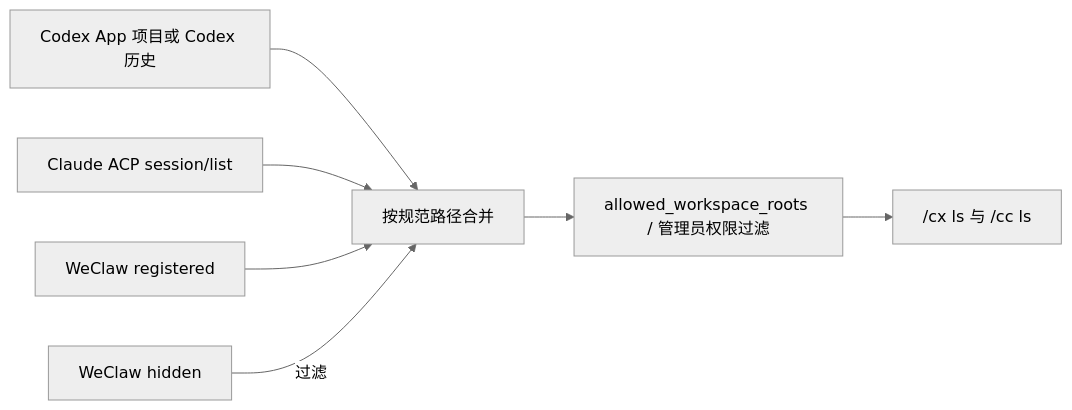
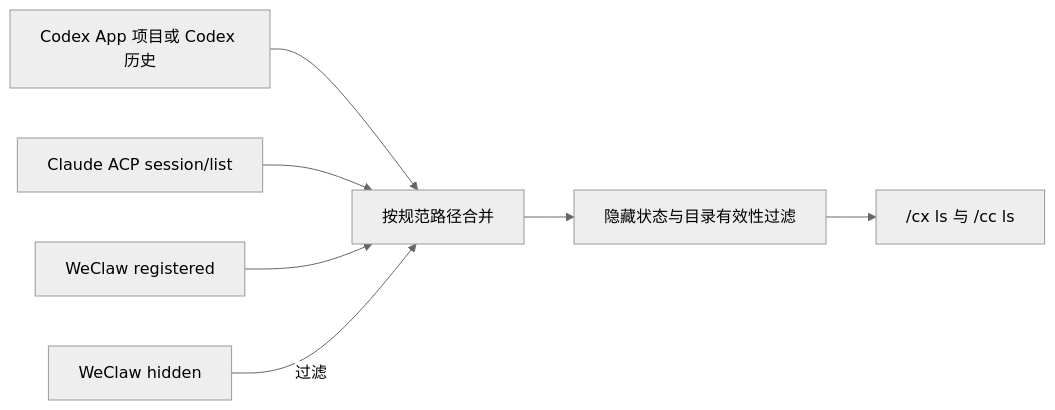
One commit to TingRuDeng/weclaw changed the diagram in docs/superpowers/specs/2026-08-06-agent-workspace-session-management-design.md. Above: the diagram before and after it, drawn with Mermaid (neutral theme). The commit also changed other lines of this file and 89 other files, not shown here.

````diff
--- a/docs/superpowers/specs/2026-08-06-agent-workspace-session-management-design.md
+++ b/docs/superpowers/specs/2026-08-06-agent-workspace-session-management-design.md
@@ -136,9 +138,9 @@
 ```mermaid
 flowchart LR
     C["Codex App 项目或 Codex 历史"] --> M["按规范路径合并"]
     A["Claude ACP session/list"] --> M
     R["WeClaw registered"] --> M
     H["WeClaw hidden"] -->|"过滤"| M
-    M --> P["allowed_workspace_roots / 管理员权限过滤"]
+    M --> P["隐藏状态与目录有效性过滤"]
     P --> U["/cx ls 与 /cc ls"]
 ```
````
